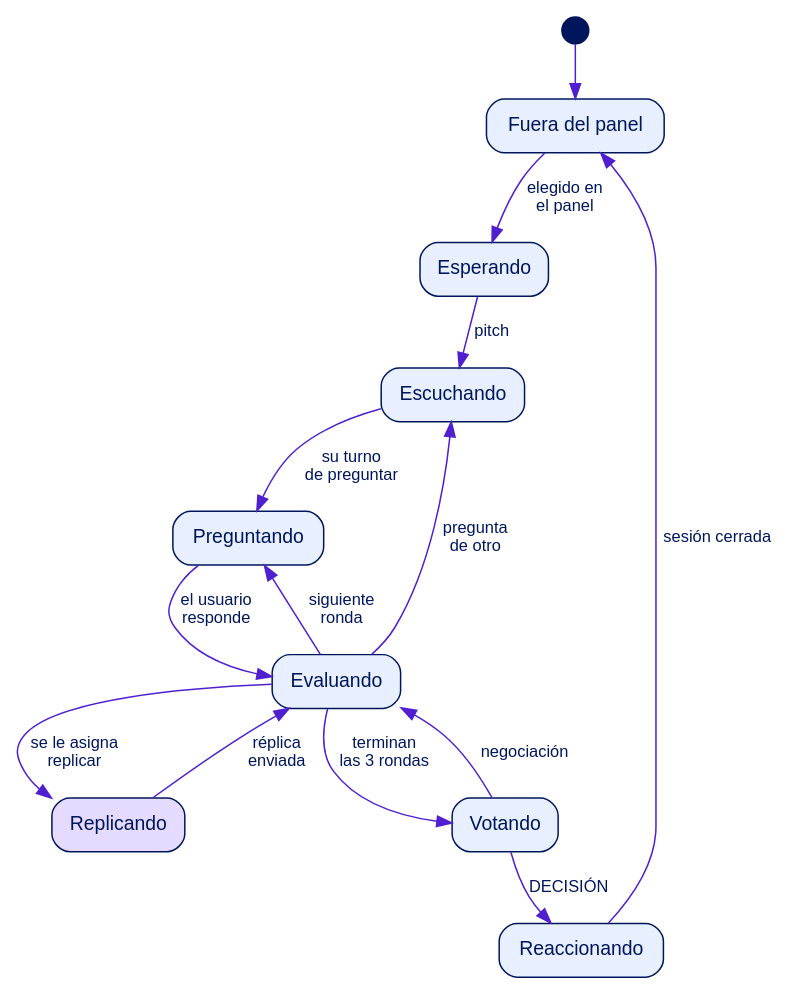
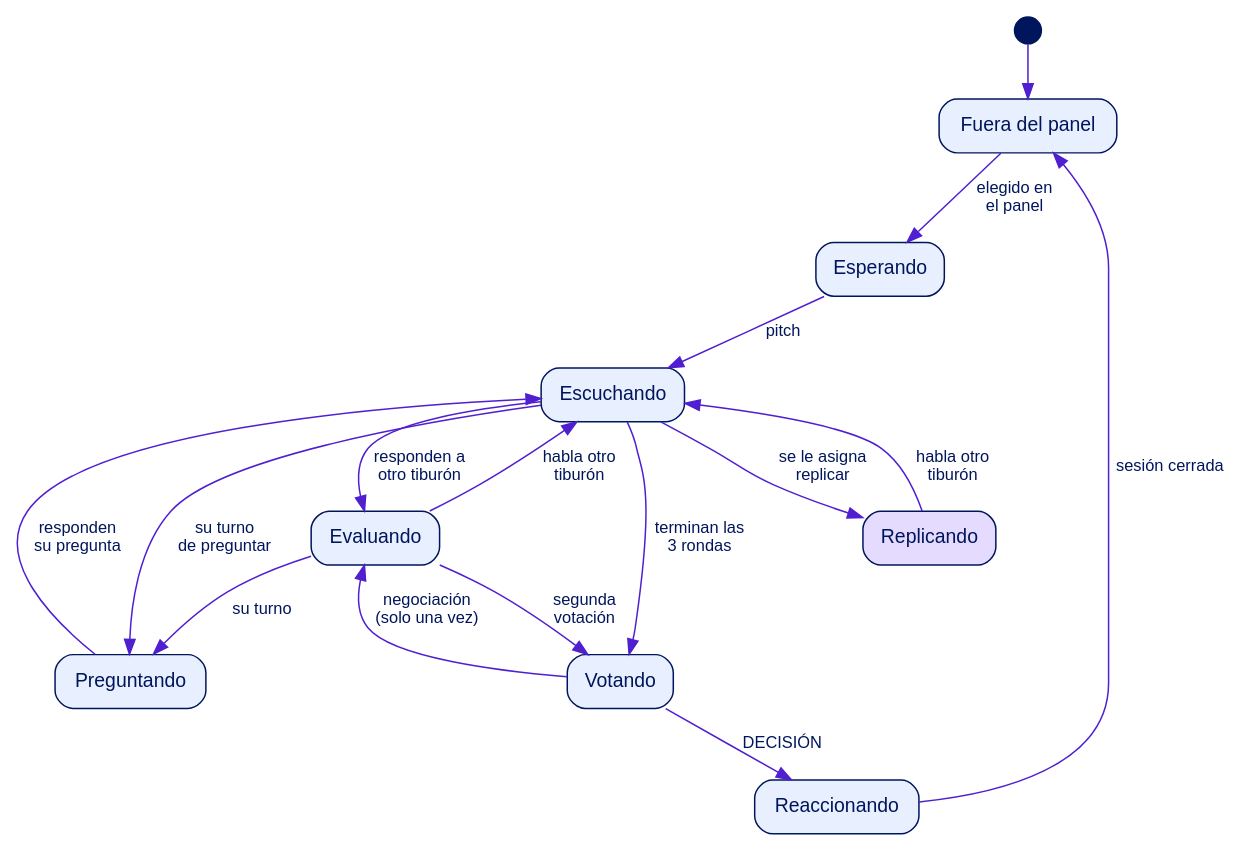
The diagram in docs/figuras/f02_estados_tiburon.dot (albertolopezb/NeuralHub), drawn with Graphviz before and after one commit. The commit also changed 26 other files, not shown here.

Commit message:
Correcciones de la revisión: diagramas, captura de tiburones, cifras y límites declarados

```diff
--- a/docs/figuras/f02_estados_tiburon.dot
+++ b/docs/figuras/f02_estados_tiburon.dot
@@ -1,14 +1,16 @@
 digraph G{ bgcolor=white; fontname="Helvetica"; node[fontname="Helvetica",fontsize=13,color="#00165C",fontcolor="#00165C",style="rounded,filled",fillcolor="#E8F0FF",shape=box]; edge[fontname="Helvetica",fontsize=11,color="#4F1FD0",fontcolor="#00165C"]; rankdir=TB; nodesep=.6; ranksep=.5;
 s[shape=circle,label="",width=.25,fillcolor="#00165C"];
 Fuera[label="Fuera del panel"]; Esp[label="Esperando"]; Esc[label="Escuchando"]; Pre[label="Preguntando"]; Eva[label="Evaluando"]; Rep[label="Replicando",fillcolor="#E5DBFF"]; Vot[label="Votando"]; Rea[label="Reaccionando"];
 s->Fuera; Fuera->Esp[label="elegido en
 el panel"]; Esp->Esc[label="pitch"]; Esc->Pre[label="su turno
-de preguntar"]; Pre->Eva[label="el usuario
-responde"];
-Eva->Esc[label="pregunta
-de otro"]; Eva->Rep[label="se le asigna
-replicar"]; Rep->Eva[label="réplica
-enviada"]; Eva->Pre[label="siguiente
-ronda"]; Eva->Vot[label="terminan
-las 3 rondas"];
-Vot->Eva[label="negociación"]; Vot->Rea[label="DECISIÓN"]; Rea->Fuera[label="sesión cerrada"];}
+de preguntar"]; Pre->Esc[label="responden
+su pregunta"];
+Esc->Eva[label="responden a
+otro tiburón"]; Eva->Esc[label="habla otro
+tiburón"]; Eva->Pre[label="su turno"]; Esc->Rep[label="se le asigna
+replicar"]; Rep->Esc[label="habla otro
+tiburón"]; Esc->Vot[label="terminan las
+3 rondas"];
+Vot->Eva[label="negociación
+(solo una vez)"]; Eva->Vot[label="segunda
+votación"]; Vot->Rea[label="DECISIÓN"]; Rea->Fuera[label="sesión cerrada"];}
```
